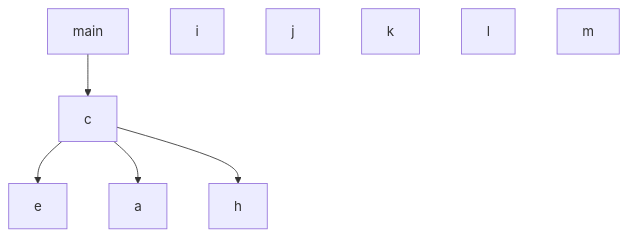
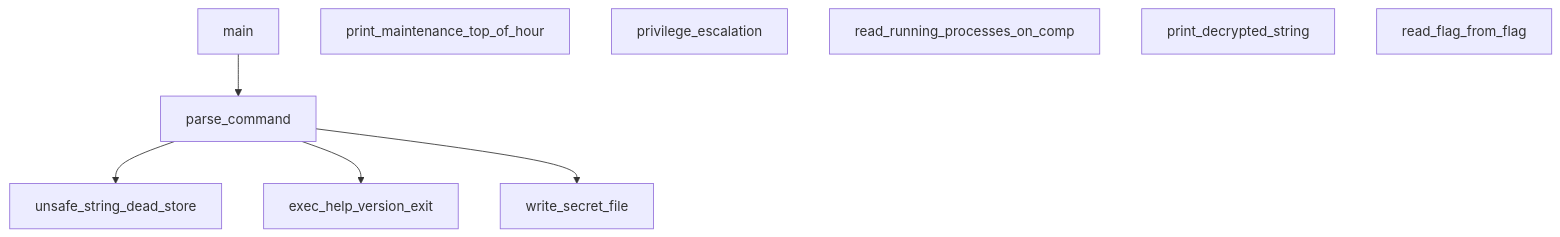
Before and after one commit to swiftlydesigner/DU-COMP-4723-Final: the diagram in ghidra/functions/Internal Calls.mmd, drawn with Mermaid. The commit also changed 1 other file, not shown here.

```diff
--- a/ghidra/functions/Internal Calls.mmd
+++ b/ghidra/functions/Internal Calls.mmd
@@ -1,10 +1,10 @@
 graph TD
-    main --> c
-    c --> e
-    c --> a
-    c --> h
-    i
-    j
-    k
-    l
-    m
+    main --> parse_command
+    parse_command --> unsafe_string_dead_store
+    parse_command --> exec_help_version_exit
+    parse_command --> write_secret_file
+    print_maintenance_top_of_hour
+    privilege_escalation
+    read_running_processes_on_comp
+    print_decrypted_string
+    read_flag_from_flag
```
